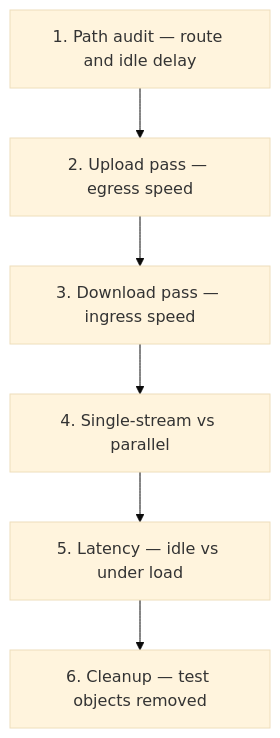
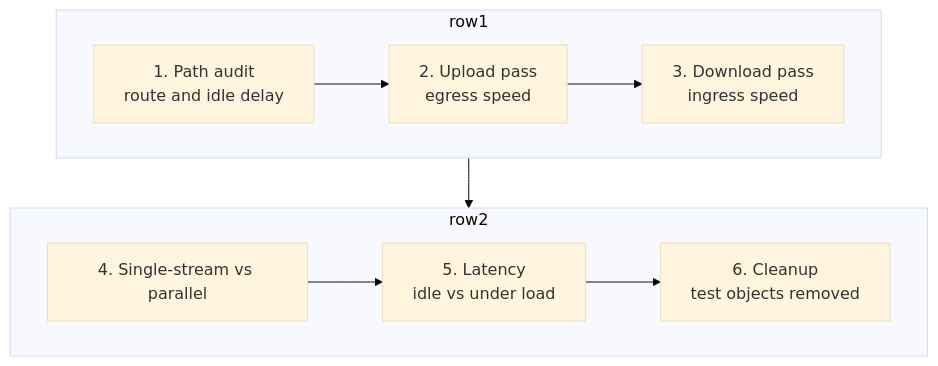
One commit to aviralmansingka/rack-bench changed the first of 3 diagrams in docs/customer/datacenter-briefing.md. Above: the diagram before and after it, drawn with Mermaid (base theme). The commit also changed other lines of this file and 6 other files, not shown here.

First line of the commit message:
docs(customer): redo mermaid diagrams to family style

````diff
--- a/docs/customer/datacenter-briefing.md
+++ b/docs/customer/datacenter-briefing.md
@@ -23,9 +23,12 @@
 ```mermaid
 flowchart TD
-    A["1. Path audit — route and idle delay"]
-    A --> B["2. Upload pass — egress speed"]
-    B --> C["3. Download pass — ingress speed"]
-    C --> D["4. Single-stream vs parallel"]
-    D --> E["5. Latency — idle vs under load"]
-    E --> F["6. Cleanup — test objects removed"]
+    subgraph row1
+        direction LR
+        A["1. Path audit<br/>route and idle delay"] --> B["2. Upload pass<br/>egress speed"] --> C["3. Download pass<br/>ingress speed"]
+    end
+    subgraph row2
+        direction LR
+        D["4. Single-stream vs parallel"] --> E["5. Latency<br/>idle vs under load"] --> F["6. Cleanup<br/>test objects removed"]
+    end
+    C --> D
 ```
````
